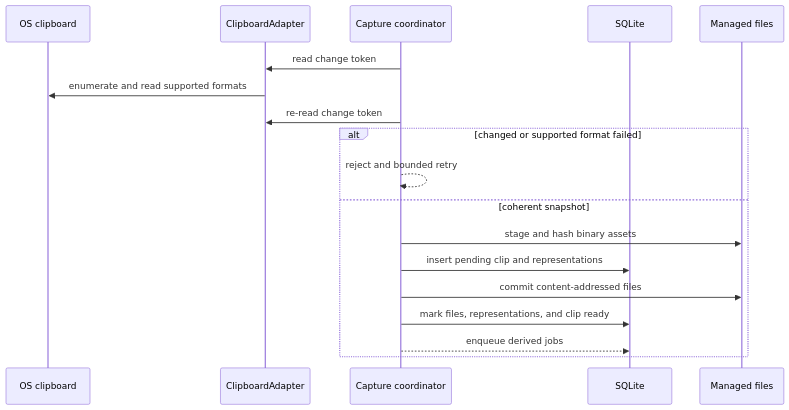
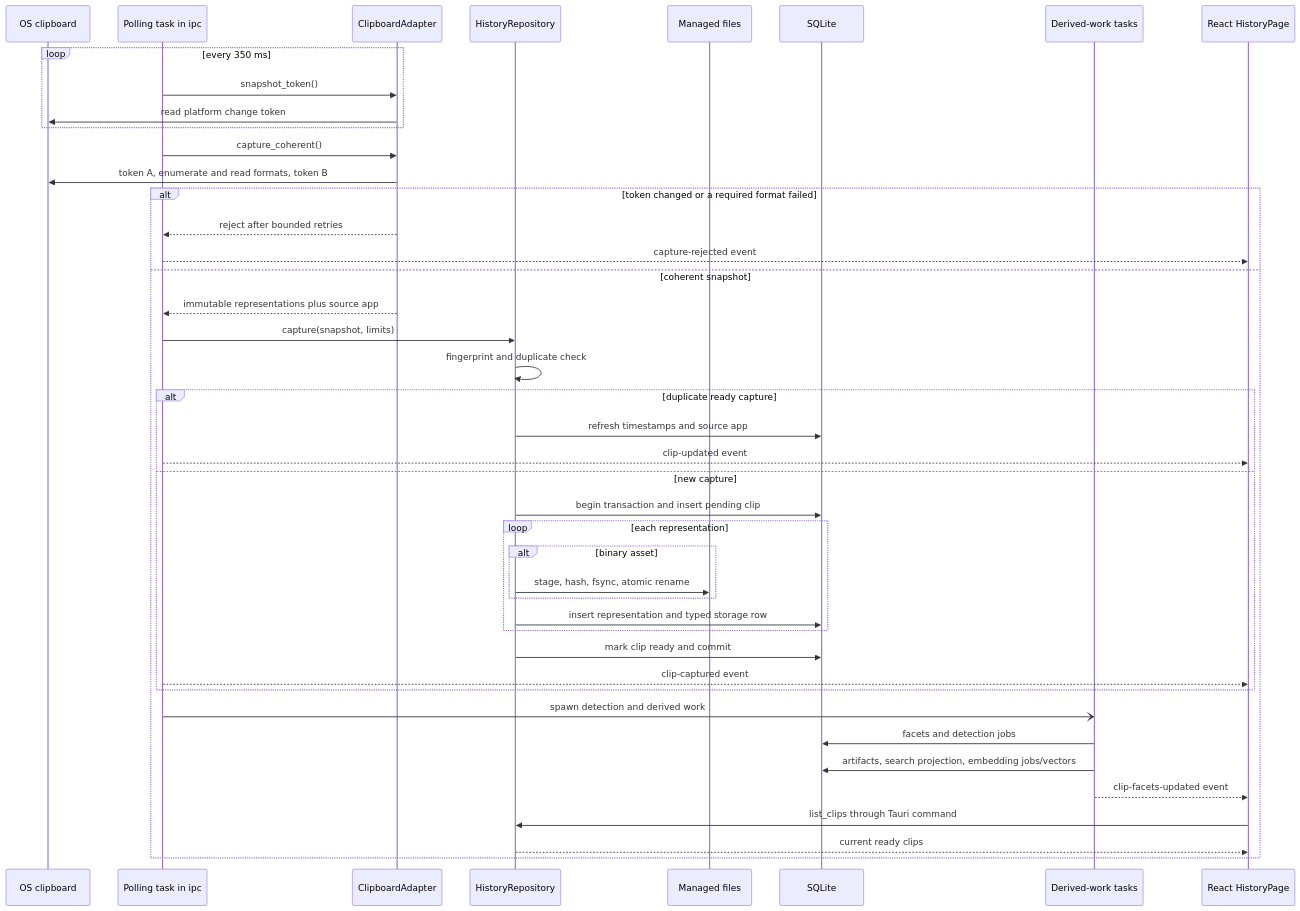
The second of 5 diagrams in docs/ARCHITECTURE.md (azure06/clipsx), drawn with Mermaid before and after one commit. The commit also changed other lines of this file and 2 other files, not shown here.

Commit message:
docs: update architecture guidance

````diff
--- a/docs/ARCHITECTURE.md
+++ b/docs/ARCHITECTURE.md
@@ -98,20 +100,46 @@
 ```mermaid
 sequenceDiagram
   participant OS as OS clipboard
-  participant A as ClipboardAdapter
-  participant C as Capture coordinator
+  participant Monitor as Polling task in ipc
+  participant Adapter as ClipboardAdapter
+  participant Repo as HistoryRepository
+  participant FS as Managed files
   participant DB as SQLite
-  participant FS as Managed files
-  C->>A: read change token
-  A->>OS: enumerate and read supported formats
-  C->>A: re-read change token
-  alt changed or supported format failed
-    C-->>C: reject and bounded retry
+  participant Work as Derived-work tasks
+  participant UI as React HistoryPage
+
+  loop every 350 ms
+    Monitor->>Adapter: snapshot_token()
+    Adapter->>OS: read platform change token
+  end
+  Monitor->>Adapter: capture_coherent()
+  Adapter->>OS: token A, enumerate and read formats, token B
+  alt token changed or a required format failed
+    Adapter-->>Monitor: reject after bounded retries
+    Monitor-->>UI: capture-rejected event
   else coherent snapshot
-    C->>FS: stage and hash binary assets
-    C->>DB: insert pending clip and representations
-    C->>FS: commit content-addressed files
-    C->>DB: mark files, representations, and clip ready
-    C-->>DB: enqueue derived jobs
+    Adapter-->>Monitor: immutable representations plus source app
+    Monitor->>Repo: capture(snapshot, limits)
+    Repo->>Repo: fingerprint and duplicate check
+    alt duplicate ready capture
+      Repo->>DB: refresh timestamps and source app
+      Monitor-->>UI: clip-updated event
+    else new capture
+      Repo->>DB: begin transaction and insert pending clip
+      loop each representation
+        alt binary asset
+          Repo->>FS: stage, hash, fsync, atomic rename
+        end
+        Repo->>DB: insert representation and typed storage row
+      end
+      Repo->>DB: mark clip ready and commit
+      Monitor-->>UI: clip-captured event
+    end
+    Monitor-)Work: spawn detection and derived work
+    Work->>DB: facets and detection jobs
+    Work->>DB: artifacts, search projection, embedding jobs/vectors
+    Work-->>UI: clip-facets-updated event
+    UI->>Repo: list_clips through Tauri command
+    Repo-->>UI: current ready clips
   end
 ```
````
